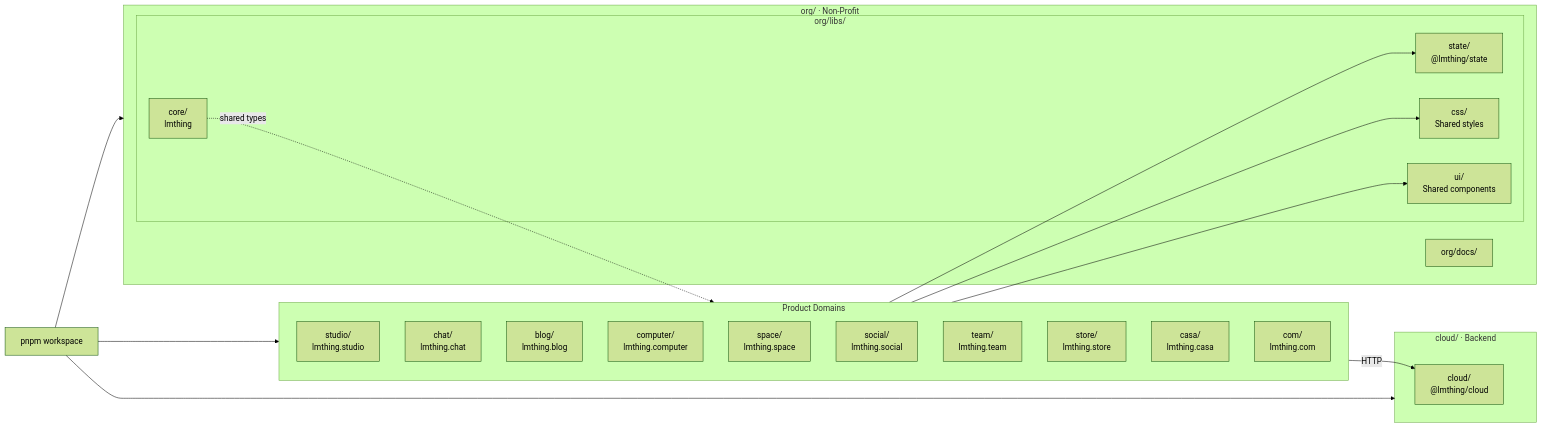
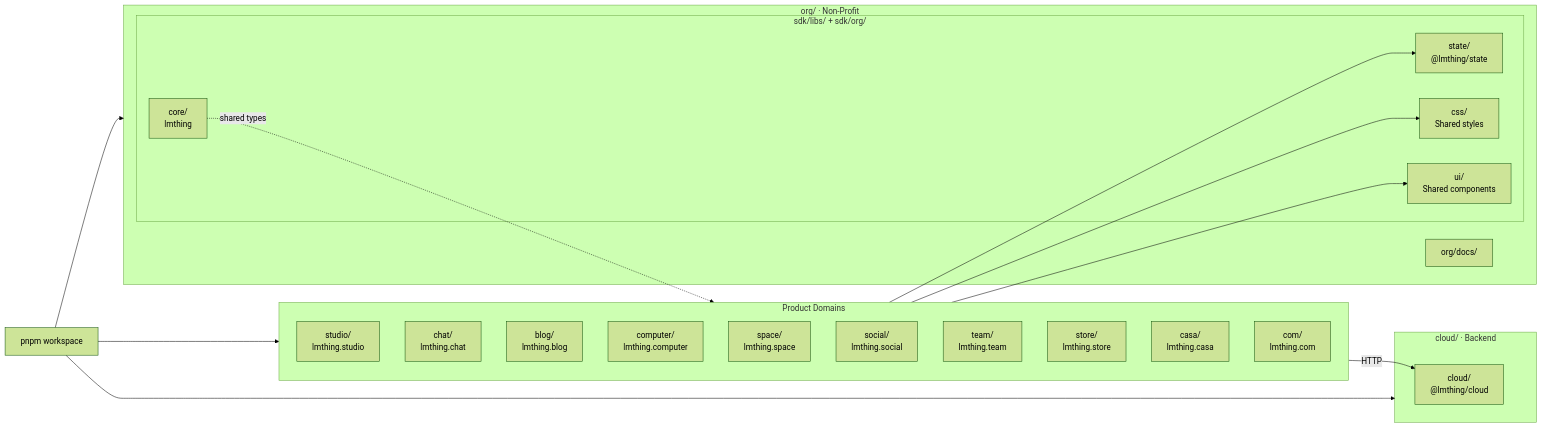
One commit to lmthing/lmthing changed diagram 12 of 12 in Architecture.md. Above: the diagram before and after it, drawn with Mermaid (forest theme). The commit also changed other lines of this file and 1453 other files, not shown here.

First line of the commit message:
feat: extract cli and repl into lmthing/org submodule, rename org/ to sdk/

````diff
--- a/Architecture.md
+++ b/Architecture.md
@@ -318,38 +318,38 @@
 ```mermaid
 graph LR
     Root["pnpm workspace"]
 
     subgraph Org["org/ · Non-Profit"]
-        subgraph Libs["org/libs/"]
+        subgraph Libs["sdk/libs/ + sdk/org/"]
             Core["core/<br/>lmthing"]
             State["state/<br/>@lmthing/state"]
             CSS["css/<br/>Shared styles"]
             UI["ui/<br/>Shared components"]
         end
         Docs["org/docs/"]
     end
 
     subgraph Cloud["cloud/ · Backend"]
         CloudPkg["cloud/<br/>@lmthing/cloud"]
     end
 
     subgraph Products["Product Domains"]
         StudioDir["studio/<br/>lmthing.studio"]
         ChatDir["chat/<br/>lmthing.chat"]
         BlogDir["blog/<br/>lmthing.blog"]
         ComputerDir["computer/<br/>lmthing.computer"]
         SpaceDir["space/<br/>lmthing.space"]
         SocialDir["social/<br/>lmthing.social"]
         TeamDir["team/<br/>lmthing.team"]
         StoreDir["store/<br/>lmthing.store"]
         CasaDir["casa/<br/>lmthing.casa"]
         ComDir["com/<br/>lmthing.com"]
     end
 
     Root --> Org
     Root --> Cloud
     Root --> Products
     Products --> State & CSS & UI
     Products -- "HTTP" --> CloudPkg
     Core -. "shared types" .-> Products
 ```
````
